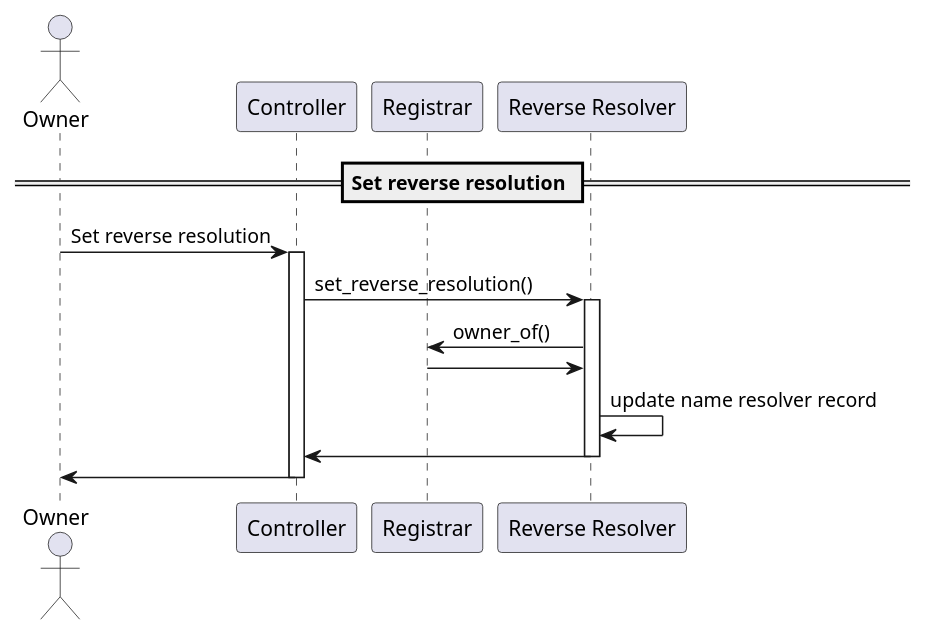
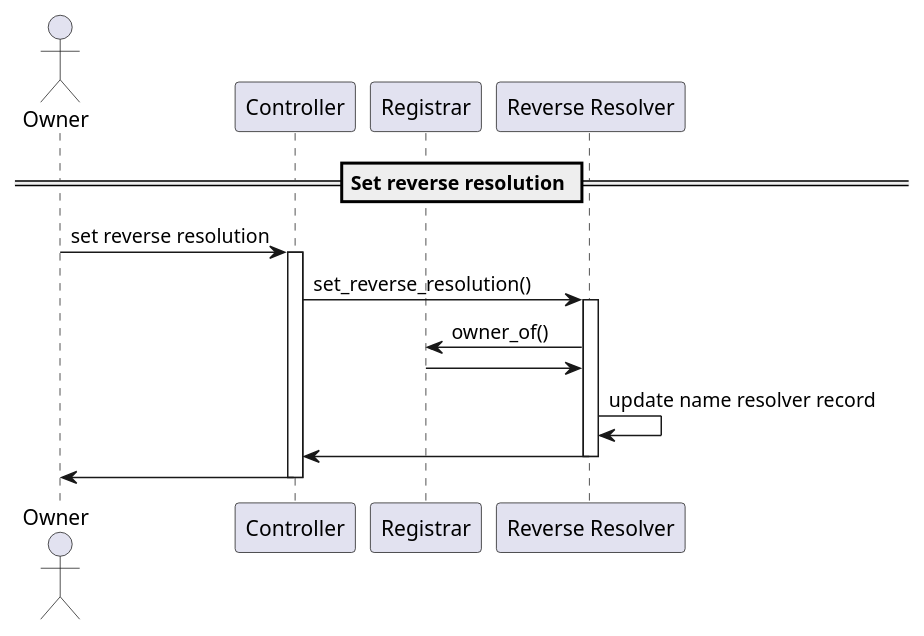
One commit to make-software/cspr-name-contracts changed the diagram in docs/sequence-diagrams/puml/set-reverse-resolution.puml. Above: the diagram before and after it, drawn with PlantUML. The commit also changed 32 other files, not shown here.

```diff
--- a/docs/sequence-diagrams/puml/set-reverse-resolution.puml
+++ b/docs/sequence-diagrams/puml/set-reverse-resolution.puml
@@ -1,23 +1,23 @@
 @startuml
 'https://plantuml.com/sequence-diagram
 
 'autonumber
 actor Owner
 participant "Controller"
 participant "Registrar"
 participant "Reverse Resolver"
 
 == Set reverse resolution ==
 
-Owner -> Controller: Set reverse resolution
+Owner -> Controller: set reverse resolution
 activate Controller
 Controller -> "Reverse Resolver": set_reverse_resolution()
 activate "Reverse Resolver"
 "Reverse Resolver" -> "Registrar": owner_of()
 Registrar -> "Reverse Resolver"
 "Reverse Resolver" -> "Reverse Resolver": update name resolver record
 "Reverse Resolver" -> "Controller"
 deactivate "Reverse Resolver"
 Controller -> Owner
 deactivate Controller
 @enduml
```
